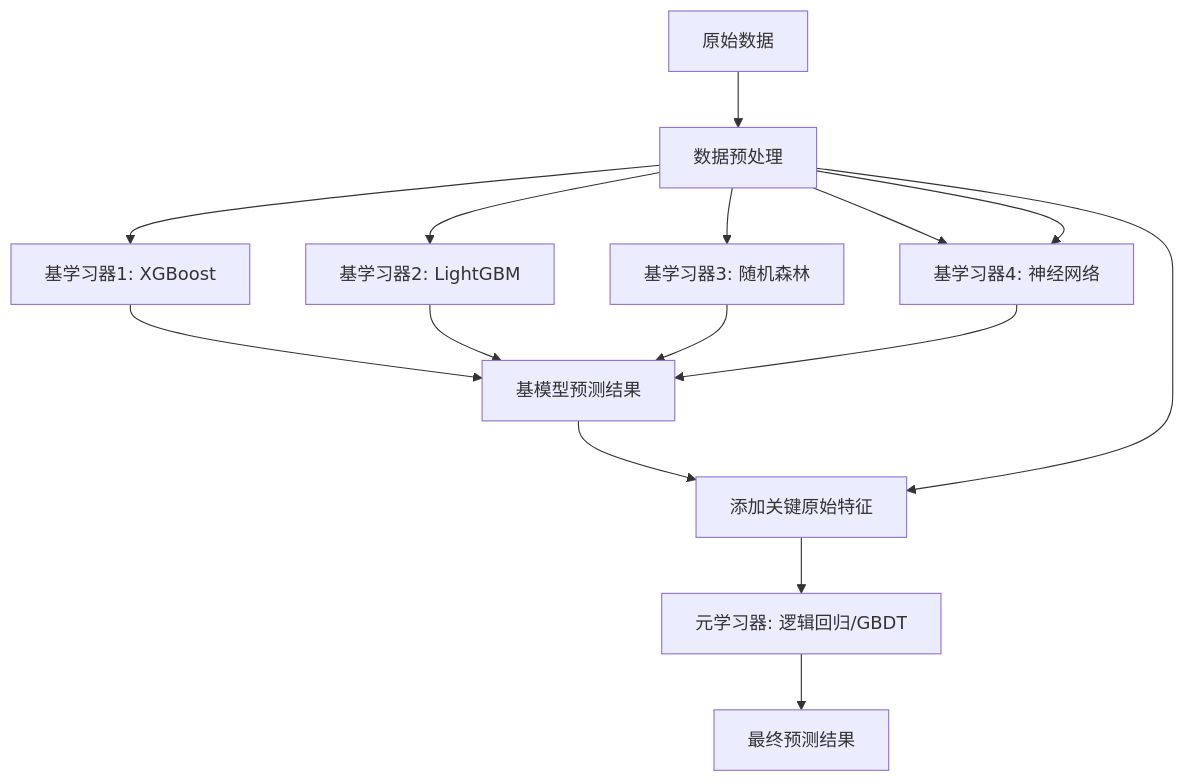
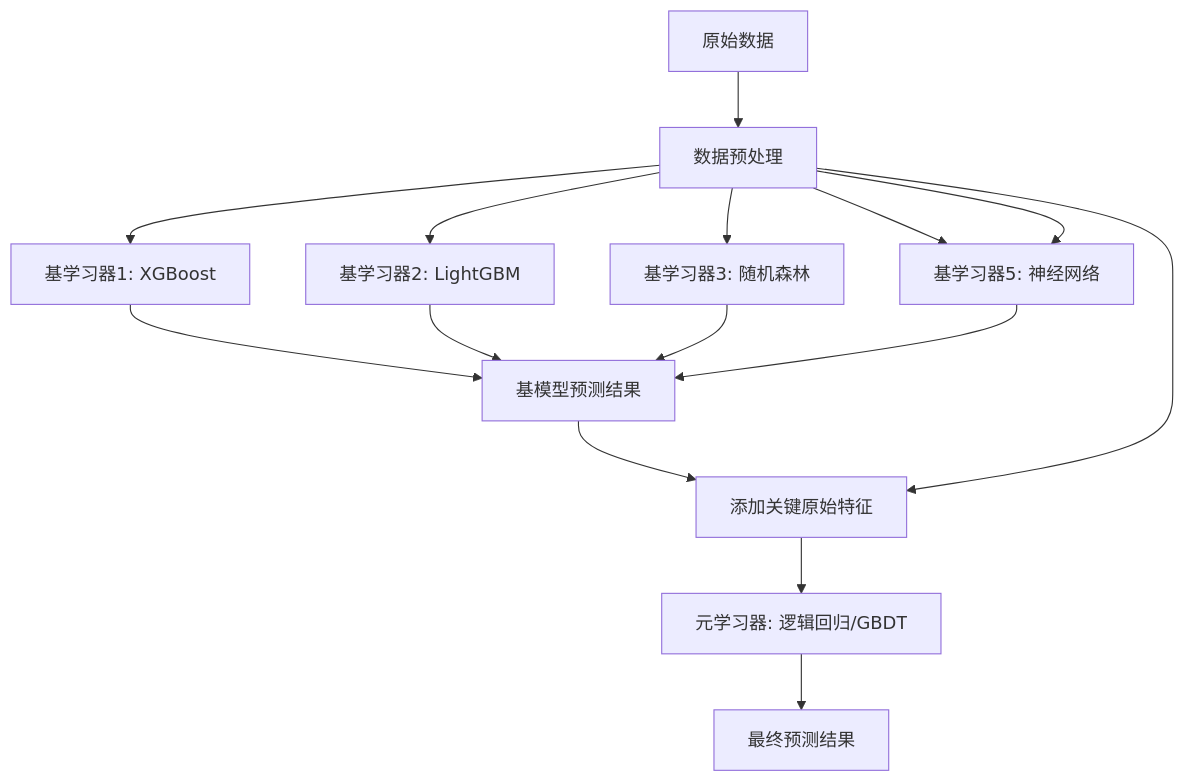
One commit to fromwhitetoblack/iodraw-files changed the diagram in all/未命名.md. Above: the diagram before and after it, drawn with Mermaid.

Commit message:
2025-03-11 11:59:47 update

````diff
--- a/all/未命名.md
+++ b/all/未命名.md
@@ -1,17 +1,17 @@
 ```mermaid
 graph TD
     A[原始数据] --> B[数据预处理]
     B --> C1[基学习器1: XGBoost]
     B --> C2[基学习器2: LightGBM]
     B --> C3[基学习器3: 随机森林]
     B --> C4[基学习器4: 神经网络]
-    B --> C4[基学习器4: 神经网络]
+    B --> C4[基学习器5: 神经网络]
     C1 --> D[基模型预测结果]
     C2 --> D
     C3 --> D
     C4 --> D
     D --> E[元学习器输入特征]
     B --> E[添加关键原始特征]
     E --> F[元学习器: 逻辑回归/GBDT]
     F --> G[最终预测结果]
 ```
````
